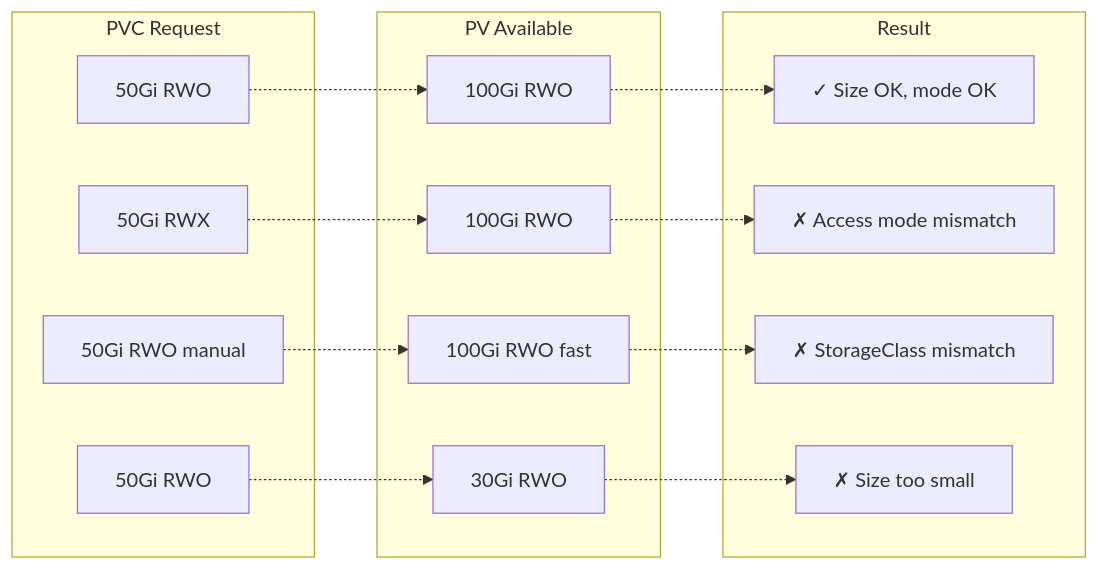
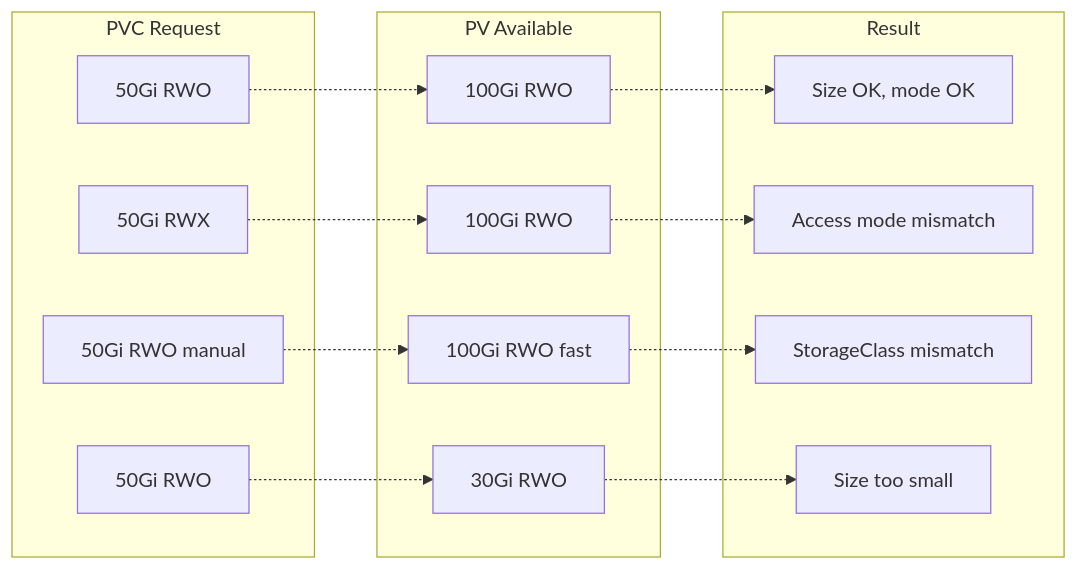
One commit to krisztiankoos/kubedojo changed the third of 4 diagrams in src/content/docs/k8s/cka/part4-storage/module-4.2-pv-pvc.md. Above: the diagram before and after it, drawn with Mermaid. The commit also changed other lines of this file, not shown here.

````diff
--- a/src/content/docs/k8s/cka/part4-storage/module-4.2-pv-pvc.md
+++ b/src/content/docs/k8s/cka/part4-storage/module-4.2-pv-pvc.md
@@ -290,26 +242,26 @@
 ```mermaid
 flowchart LR
     subgraph Request[PVC Request]
         R1[50Gi RWO]
         R2[50Gi RWX]
         R3[50Gi RWO manual]
         R4[50Gi RWO]
     end
     subgraph Available[PV Available]
         A1[100Gi RWO]
         A2[100Gi RWO]
         A3[100Gi RWO fast]
         A4[30Gi RWO]
     end
     subgraph Match[Result]
-        M1[✓ Size OK, mode OK]
-        M2[✗ Access mode mismatch]
-        M3[✗ StorageClass mismatch]
-        M4[✗ Size too small]
+        M1[Size OK, mode OK]
+        M2[Access mode mismatch]
+        M3[StorageClass mismatch]
+        M4[Size too small]
     end
 
     R1 -.-> A1 -.-> M1
     R2 -.-> A2 -.-> M2
     R3 -.-> A3 -.-> M3
     R4 -.-> A4 -.-> M4
 ```
````
